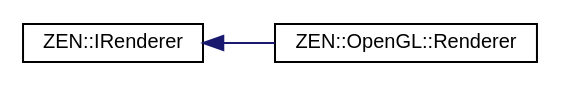
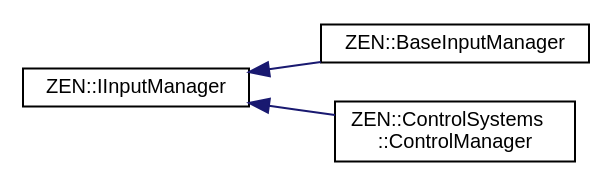
One commit to markhj/zeronetics changed the diagram in inherit_graph_12.dot. Above: the diagram before and after it, drawn with Graphviz. The commit also changed 186 other files, not shown here.

```diff
--- a/inherit_graph_12.dot
+++ b/inherit_graph_12.dot
@@ -1,10 +1,12 @@
 digraph "Graphical Class Hierarchy"
 {
  // LATEX_PDF_SIZE
   edge [fontname="Helvetica",fontsize="10",labelfontname="Helvetica",labelfontsize="10"];
   node [fontname="Helvetica",fontsize="10",shape=record];
   rankdir="LR";
-  Node0 [label="ZEN::IRenderer",height=0.2,width=0.4,color="black", fillcolor="white", style="filled",URL="$classZEN_1_1IRenderer.html",tooltip=" "];
+  Node0 [label="ZEN::IInputManager",height=0.2,width=0.4,color="black", fillcolor="white", style="filled",URL="$classZEN_1_1IInputManager.html",tooltip=" "];
   Node0 -> Node1 [dir="back",color="midnightblue",fontsize="10",style="solid",fontname="Helvetica"];
-  Node1 [label="ZEN::OpenGL::Renderer",height=0.2,width=0.4,color="black", fillcolor="white", style="filled",URL="$classZEN_1_1OpenGL_1_1Renderer.html",tooltip=" "];
+  Node1 [label="ZEN::BaseInputManager",height=0.2,width=0.4,color="black", fillcolor="white", style="filled",URL="$classZEN_1_1BaseInputManager.html",tooltip=" "];
+  Node0 -> Node2 [dir="back",color="midnightblue",fontsize="10",style="solid",fontname="Helvetica"];
+  Node2 [label="ZEN::ControlSystems\l::ControlManager",height=0.2,width=0.4,color="black", fillcolor="white", style="filled",URL="$classZEN_1_1ControlSystems_1_1ControlManager.html",tooltip=" "];
 }
```
